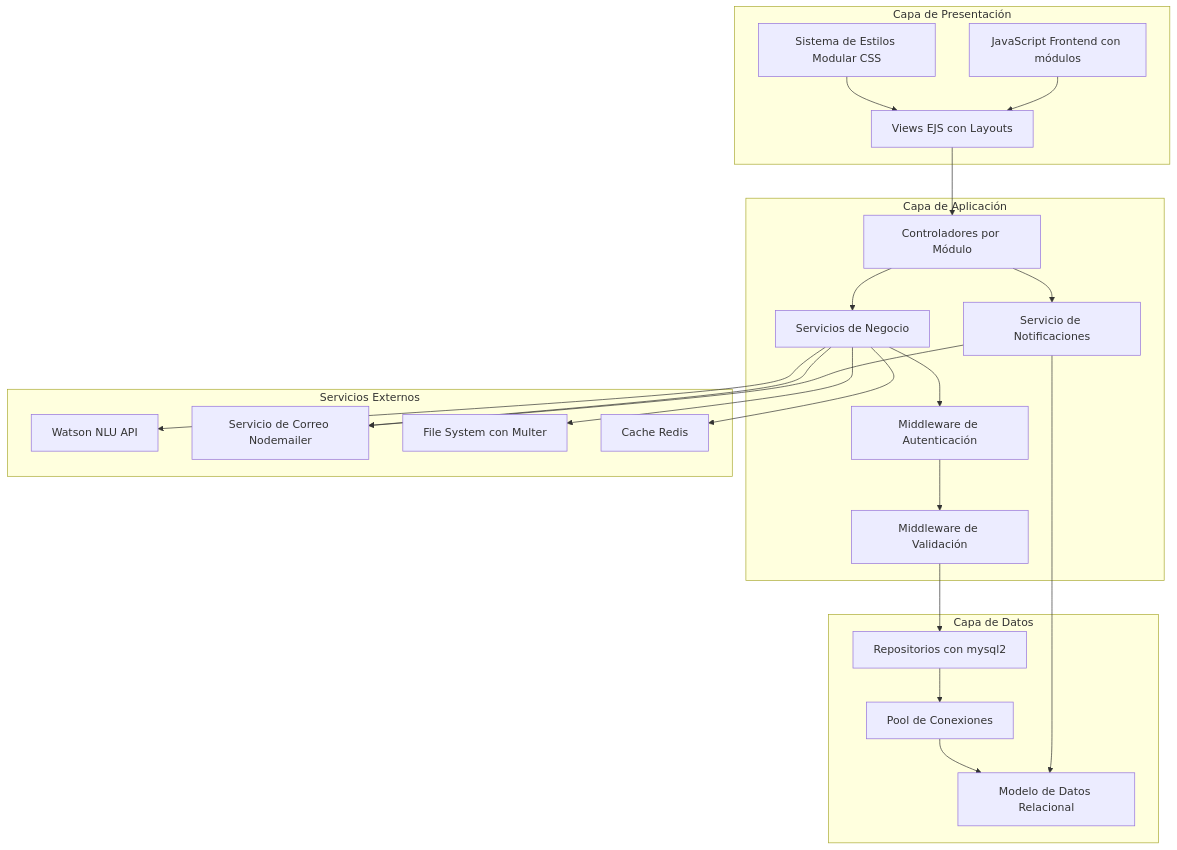
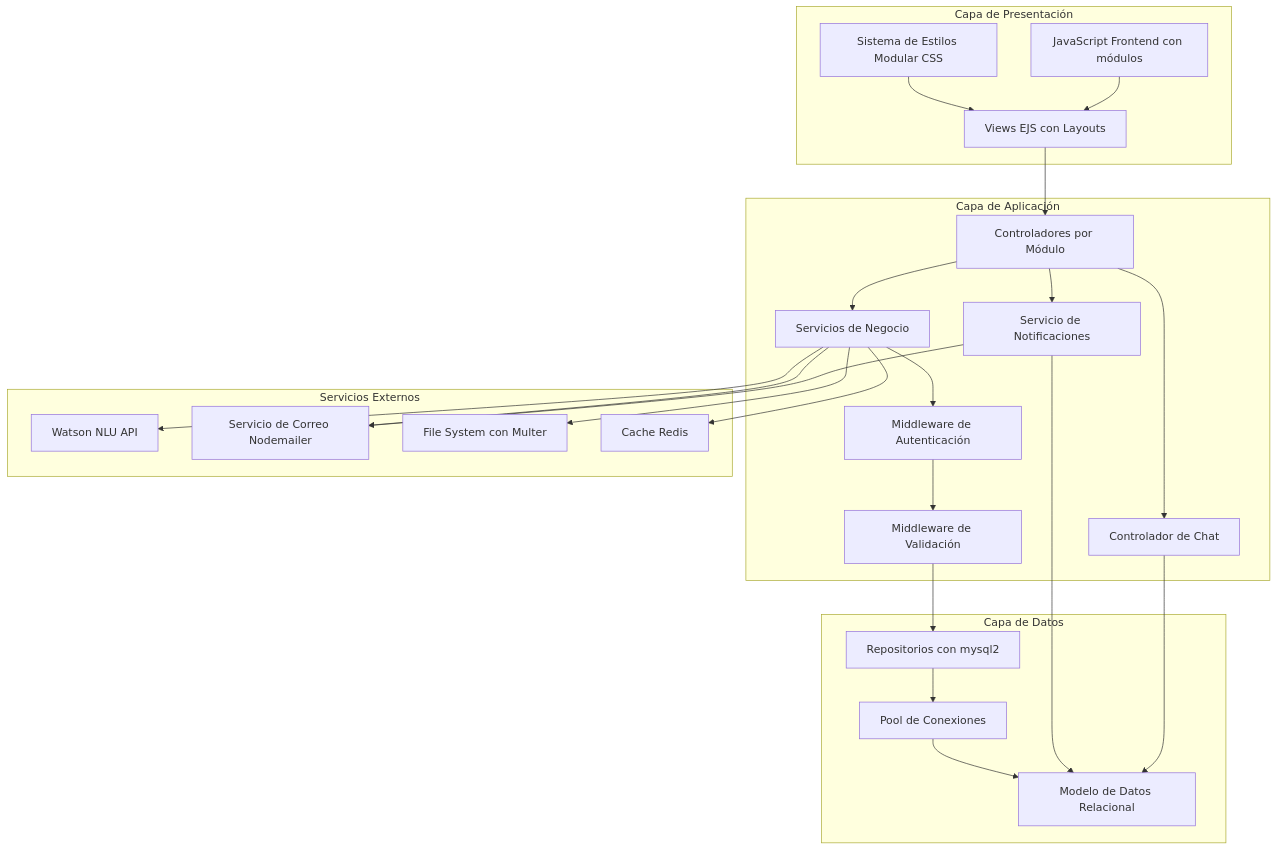
One commit to JuanCamiloParejaSanchez/gestion_etapa_productiva changed the second of 7 diagrams in docs/DOCUMENTACION_TECNICA_COMPLETA.md. Above: the diagram before and after it, drawn with Mermaid. The commit also changed other lines of this file and 2 other files, not shown here.

````diff
--- a/docs/DOCUMENTACION_TECNICA_COMPLETA.md
+++ b/docs/DOCUMENTACION_TECNICA_COMPLETA.md
@@ -109,46 +116,49 @@
 ```mermaid
 graph TB
     subgraph "Capa de Presentación"
         A[Views EJS con Layouts]
         B[Sistema de Estilos Modular CSS]
         C[JavaScript Frontend con módulos]
     end
 
     subgraph "Capa de Aplicación"
         D[Controladores por Módulo]
         E[Servicios de Negocio]
         F[Middleware de Autenticación]
         G[Middleware de Validación]
         O[Servicio de Notificaciones]
+        P[Controlador de Chat]
     end
 
     subgraph "Capa de Datos"
         H[Repositorios con mysql2]
         I[Pool de Conexiones]
         J[Modelo de Datos Relacional]
     end
 
     subgraph "Servicios Externos"
         K[Watson NLU API]
         L[Servicio de Correo Nodemailer]
         M[File System con Multer]
         N[Cache Redis]
     end
 
     A --> D
     B --> A
     C --> A
     D --> E
     D --> O
+    D --> P
     E --> F
     F --> G
     G --> H
     H --> I
     I --> J
     E --> K
     E --> L
     E --> M
     E --> N
     O --> J
     O --> L
+    P --> J
 ```
````
